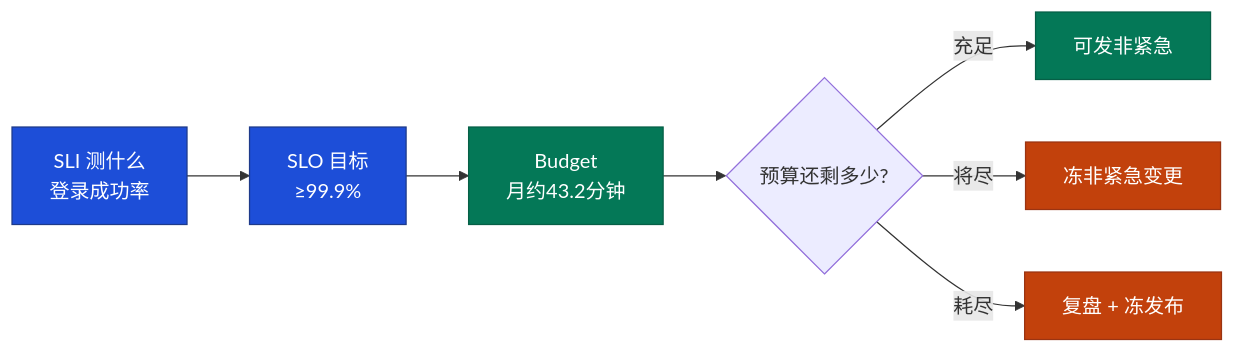
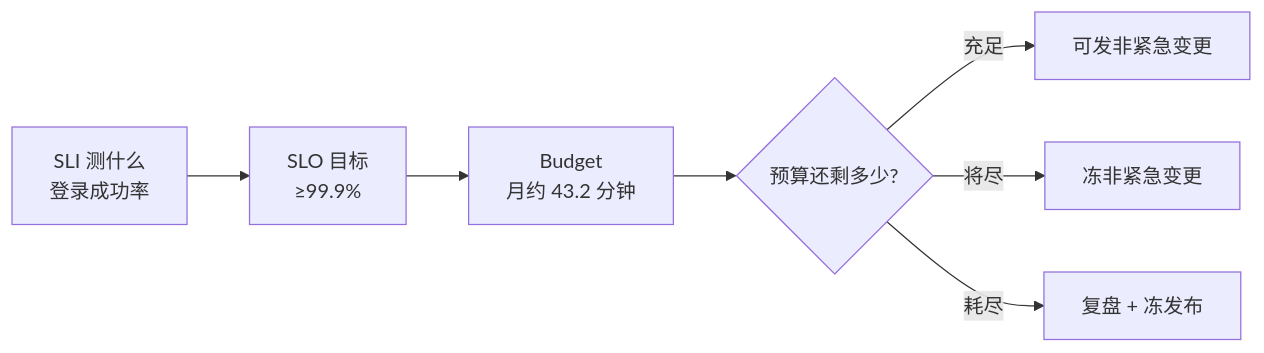
One commit to ml-cuizijun/LearnToLilith changed the second of 4 diagrams in 01-基础底座/22-监控与告警/知识点.md. Above: the diagram before and after it, drawn with Mermaid. The commit also changed other lines of this file and 470 other files, not shown here.

````diff
--- a/01-基础底座/22-监控与告警/知识点.md
+++ b/01-基础底座/22-监控与告警/知识点.md
@@ -450,16 +188,9 @@
 ```mermaid
 flowchart LR
     SLI["SLI 测什么<br/>登录成功率"] --> SLO["SLO 目标<br/>≥99.9%"]
-    SLO --> BUD["Budget<br/>月约43.2分钟"]
+    SLO --> BUD["Budget<br/>月约 43.2 分钟"]
     BUD --> ACT{"预算还剩多少?"}
-    ACT -->|充足| REL[可发非紧急]
-    ACT -->|将尽| FREEZE[冻非紧急变更]
-    ACT -->|耗尽| POST[复盘 + 冻发布]
-
-    classDef a fill:#1D4ED8,stroke:#1E3A8A,color:#fff
-    classDef b fill:#047857,stroke:#065F46,color:#fff
-    classDef c fill:#C2410C,stroke:#9A3412,color:#fff
-    class SLI,SLO a
-    class BUD,REL b
-    class FREEZE,POST c
+    ACT -->|充足| REL["可发非紧急变更"]
+    ACT -->|将尽| FREEZE["冻非紧急变更"]
+    ACT -->|耗尽| POST["复盘 + 冻发布"]
 ```
````
